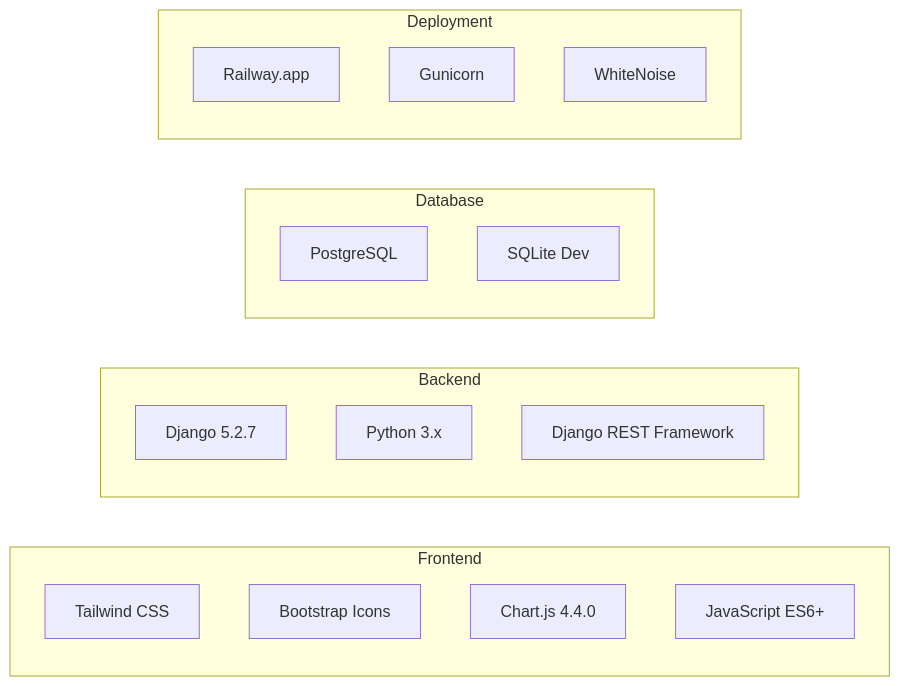
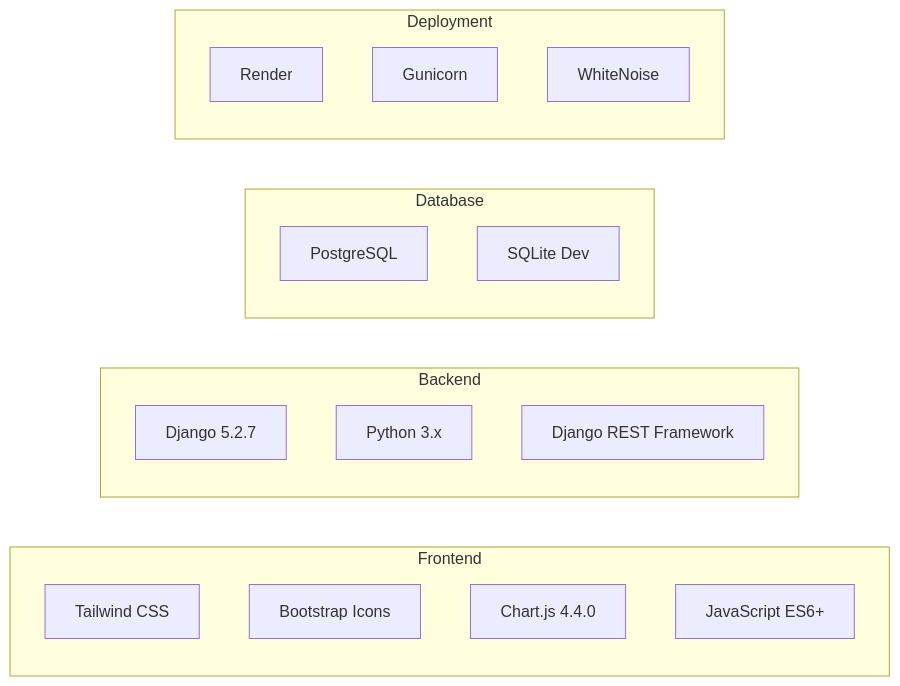
The second of 14 diagrams in PROJECT_DOCUMENTATION.md (balilihanwaterworks/waterworksbalilihan), drawn with Mermaid before and after one commit. The commit also changed other lines of this file and 19 other files, not shown here.

Commit message:
Docs: Update deployment references from Railway to Render

````diff
--- a/PROJECT_DOCUMENTATION.md
+++ b/PROJECT_DOCUMENTATION.md
@@ -66,26 +66,26 @@
 ```mermaid
 graph LR
     subgraph "Frontend"
         A[Tailwind CSS]
         B[Bootstrap Icons]
         C[Chart.js 4.4.0]
         D[JavaScript ES6+]
     end
 
     subgraph "Backend"
         E[Django 5.2.7]
         F[Python 3.x]
         G[Django REST Framework]
     end
 
     subgraph "Database"
         H[PostgreSQL]
         I[SQLite Dev]
     end
 
     subgraph "Deployment"
-        J[Railway.app]
+        J[Render]
         K[Gunicorn]
         L[WhiteNoise]
     end
 ```
````
